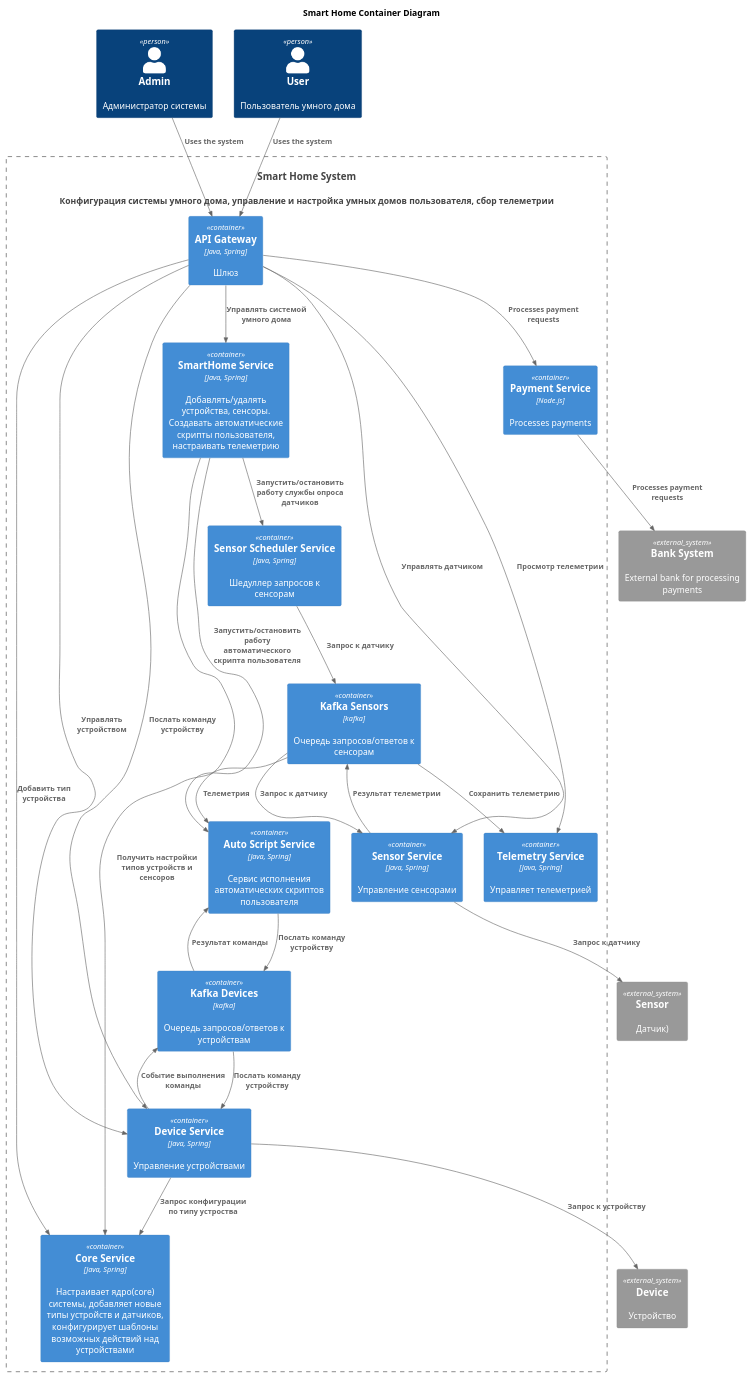
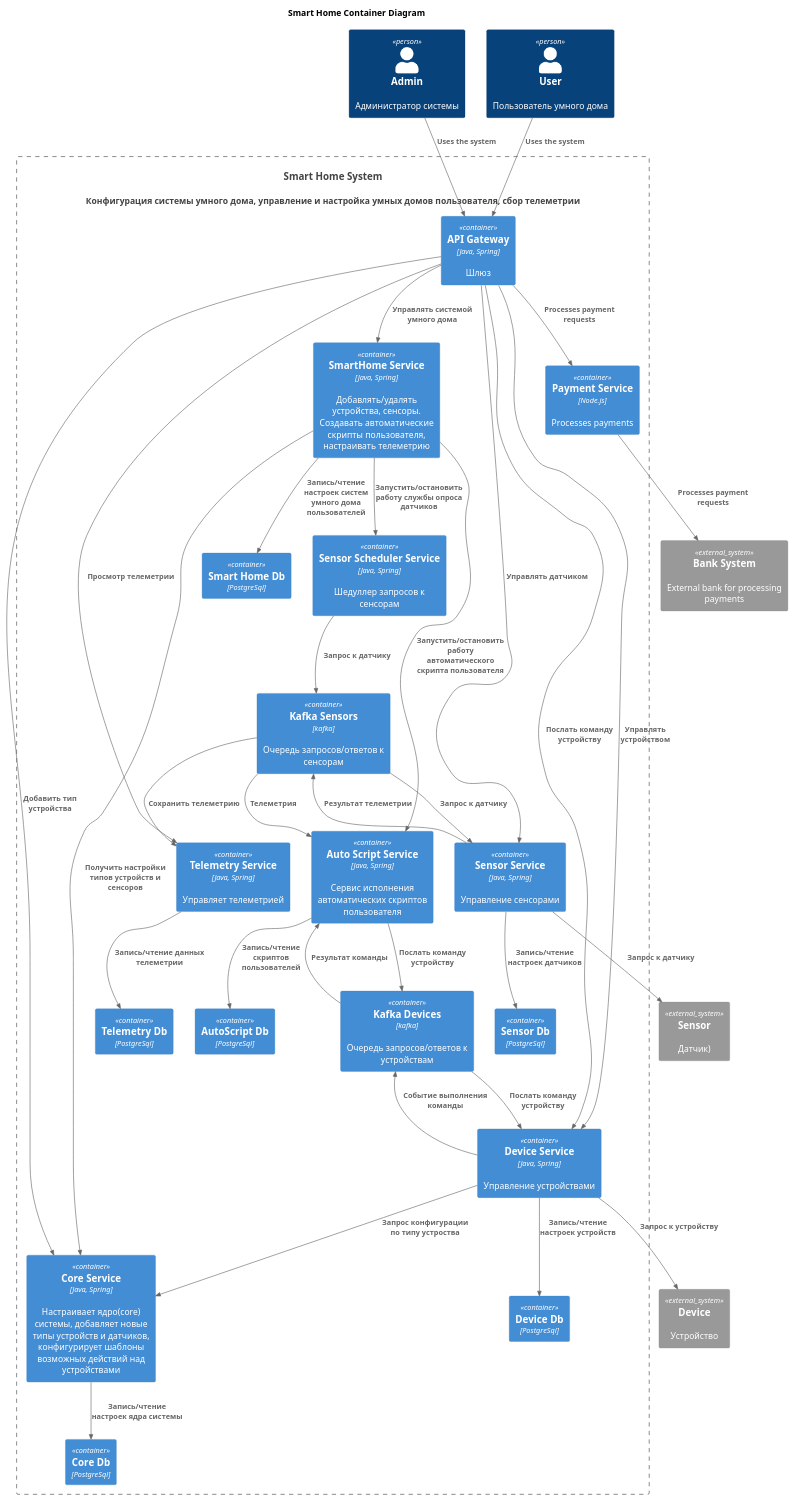
The diagram in tasks/1.2/ToBe_C4_Container_Smart_Home.puml (Rimorob33/architecture-sprint-3), drawn with PlantUML before and after one commit. The commit also changed 1 other file, not shown here.

```diff
--- a/tasks/1.2/ToBe_C4_Container_Smart_Home.puml
+++ b/tasks/1.2/ToBe_C4_Container_Smart_Home.puml
@@ -1,65 +1,80 @@
 @startuml
 title Smart Home Container Diagram
 
 top to bottom direction
 
 !includeurl https://raw.githubusercontent.com/RicardoNiepel/C4-PlantUML/master/C4_Component.puml
 
 Person(admin, "Admin", "Администратор системы")
 Person(user, "User", "Пользователь умного дома")
 System(SmartHomeSystem, "Smart Home System", "Конфигурация системы умного дома, управление и настройка умных домов пользователя, сбор телеметрии")
 
 Container_Boundary(SmartHomeSystem, "Smart Home System") {
   Container(Gateway, "API Gateway", "Java, Spring", "Шлюз")
   Container(PaymentService, "Payment Service", "Node.js", "Processes payments")
 
   Container(CoreService, "Core Service", "Java, Spring", "Настраивает ядро(core) системы, добавляет новые типы устройств и датчиков, конфигурирует шаблоны возможных действий над устройствами")
+Container(CoreDb, "Core Db", "PostgreSql")
 
   Container(SmartHomeService, "SmartHome Service", "Java, Spring", "Добавлять/удалять устройства, сенсоры. Создавать автоматические скрипты пользователя, настраивать телеметрию")
+  Container(SmartHomeDb, "Smart Home Db", "PostgreSql")
   Container(DeviceService, "Device Service", "Java, Spring", "Управление устройствами")
-  Container(SensorService, "Sensor Service", "Java, Spring", "Управление сенсорами")
+  Container(DeviceDb, "Device Db", "PostgreSql")
+Container(SensorService, "Sensor Service", "Java, Spring", "Управление сенсорами")
+  Container(SensorDb, "Sensor Db", "PostgreSql")
+
   Container(TelemetryService, "Telemetry Service", "Java, Spring", "Управляет телеметрией")
-  Container(SensorSchedulerService, "Sensor Scheduler Service", "Java, Spring", "Шедуллер запросов к сенсорам")
+  Container(TelemetryDb, "Telemetry Db", "PostgreSql")
+Container(SensorSchedulerService, "Sensor Scheduler Service", "Java, Spring", "Шедуллер запросов к сенсорам")
   Container(AutoScriptService, "Auto Script Service", "Java, Spring", "Сервис исполнения автоматических скриптов пользователя")
+Container(AutoScriptDb, "AutoScript Db", "PostgreSql")
 Container(KafkaSensors, "Kafka Sensors", "kafka", "Очередь запросов/ответов к сенсорам")
 Container(KafkaDevices, "Kafka Devices", "kafka", "Очередь запросов/ответов к устройствам")
 }
 
 System_Ext(bank, "Bank System", "External bank for processing payments")
 System_Ext(device, "Device", "Устройство")
 System_Ext(sensor, "Sensor", "Датчик)")
 
 
 Rel(user, Gateway, "Uses the system")
 Rel(admin, Gateway, "Uses the system")
 
 
 Rel(Gateway,PaymentService,"Processes payment requests")
 Rel(Gateway,SensorService,"Управлять датчиком")
 Rel(Gateway,DeviceService,"Управлять устройством")
 Rel(Gateway,DeviceService,"Послать команду устройству")
 Rel(Gateway,TelemetryService,"Просмотр телеметрии")
 Rel(Gateway,CoreService, "Добавить тип устройства")
 Rel(Gateway,SmartHomeService, "Управлять системой умного дома")
 
 Rel(SmartHomeService,CoreService, "Получить настройки типов устройств и сенсоров")
 Rel(SmartHomeService,SensorSchedulerService, "Запустить/остановить работу службы опроса датчиков")
 Rel(SmartHomeService,AutoScriptService, "Запустить/остановить работу автоматического скрипта пользователя")
 
 Rel(AutoScriptService,KafkaDevices, "Послать команду устройству")
 Rel(KafkaDevices,DeviceService, "Послать команду устройству")
 Rel(DeviceService,KafkaDevices, "Событие выполнения команды")
 Rel(KafkaDevices,AutoScriptService, "Результат команды")
 Rel(KafkaSensors,TelemetryService, "Сохранить телеметрию")
 Rel(KafkaSensors,AutoScriptService, "Телеметрия")
 Rel(DeviceService,device, "Запрос к устройству")
 Rel(SensorService,sensor, "Запрос к датчику")
 Rel(SensorSchedulerService,KafkaSensors, "Запрос к датчику")
 Rel(KafkaSensors,SensorService, "Запрос к датчику")
 Rel(SensorService,KafkaSensors, "Результат телеметрии")
 
 Rel(DeviceService,CoreService, "Запрос конфигурации по типу устроства")
 
 
 Rel(PaymentService,bank, "Processes payment requests")
+
+Rel(SmartHomeService,SmartHomeDb,"Запись/чтение настроек систем умного дома пользователей")
+Rel(CoreService,CoreDb,"Запись/чтение настроек ядра системы")
+Rel(DeviceService,DeviceDb,"Запись/чтение настроек устройств")
+Rel(SensorService,SensorDb,"Запись/чтение настроек датчиков")
+Rel(TelemetryService,TelemetryDb,"Запись/чтение данных телеметрии")
+Rel(AutoScriptService,AutoScriptDb,"Запись/чтение скриптов пользователей")
+
 @enduml
```
